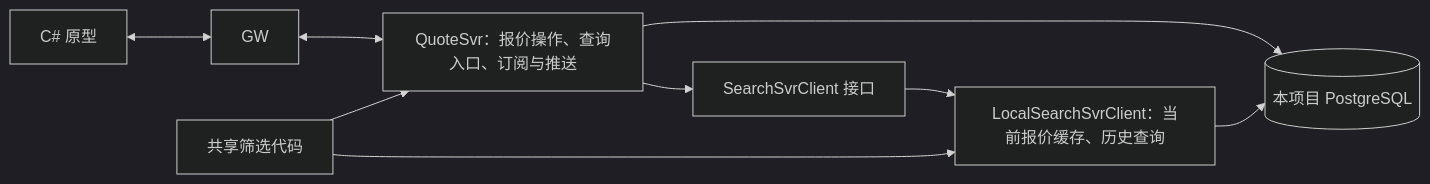
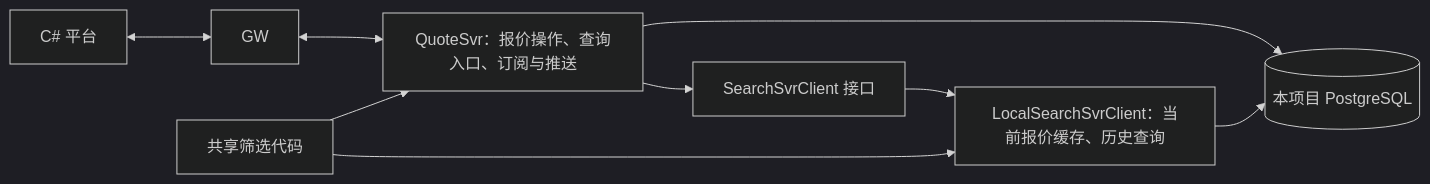
The diagram in iteration1/docs/search-dependency.zh-CN.md (stepinto163/cczq-salestrading), drawn with Mermaid (dark theme) before and after one commit. The commit also changed other lines of this file and 94 other files, not shown here.

````diff
--- a/iteration1/docs/search-dependency.zh-CN.md
+++ b/iteration1/docs/search-dependency.zh-CN.md
@@ -5,11 +5,11 @@
 ```mermaid
 flowchart LR
-    C[C# 原型] <--> G[GW]
+    C[C# 平台] <--> G[GW]
     G <--> Q[QuoteSvr：报价操作、查询入口、订阅与推送]
     Q --> S[SearchSvrClient 接口]
     S --> L[LocalSearchSvrClient：当前报价缓存、历史查询]
     Q --> DB[(本项目 PostgreSQL)]
     L --> DB
     F[共享筛选代码] --> Q
     F --> L
 ```
````
